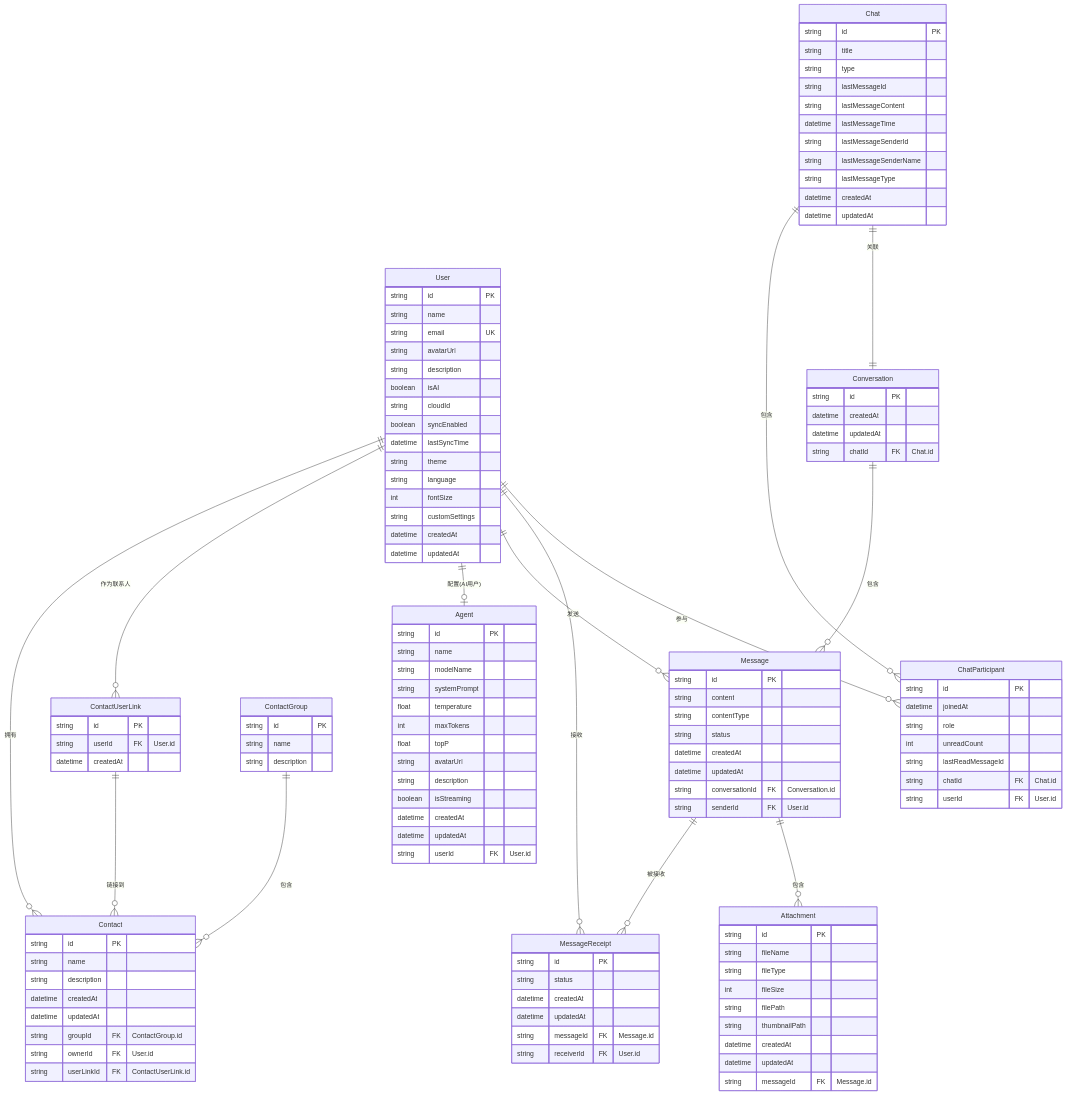
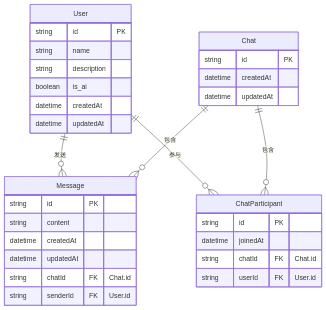
One commit to guixin-ai/guixin changed the first of 2 diagrams in apps/client/src-tauri/prisma/schema.md. Above: the diagram before and after it, drawn with Mermaid. The commit also changed other lines of this file and 42 other files, not shown here.

````diff
--- a/apps/client/src-tauri/prisma/schema.md
+++ b/apps/client/src-tauri/prisma/schema.md
@@ -7,86 +7,21 @@
 ```mermaid
 erDiagram
-    User ||--o{ Contact : "拥有"
-    User ||--o{ ContactUserLink : "作为联系人"
-    ContactUserLink ||--o{ Contact : "链接到"
-    User ||--o| Agent : "配置(AI用户)"
-    ContactGroup ||--o{ Contact : "包含"
     User ||--o{ Message : "发送"
-    User ||--o{ MessageReceipt : "接收"
-    Message ||--o{ MessageReceipt : "被接收"
     User ||--o{ ChatParticipant : "参与"
     Chat ||--o{ ChatParticipant : "包含"
-    Chat ||--|| Conversation : "关联"
-    Conversation ||--o{ Message : "包含"
-    Message ||--o{ Attachment : "包含"
+    Chat ||--o{ Message : "包含"
 
     User {
         string id PK
         string name
-        string email UK
-        string avatarUrl
         string description
-        boolean isAI
-        string cloudId
-        boolean syncEnabled
-        datetime lastSyncTime
-        string theme
-        string language
-        int fontSize
-        string customSettings
+        boolean is_ai
         datetime createdAt
         datetime updatedAt
     }
 
-    Agent {
-        string id PK
-        string name
-        string modelName
-        string systemPrompt
-        float temperature
-        int maxTokens
-        float topP
-        string avatarUrl
-        string description
-        boolean isStreaming
-        datetime createdAt
-        datetime updatedAt
-        string userId FK "User.id"
-    }
-
-    ContactGroup {
-        string id PK
-        string name
-        string description
-    }
-
-    Contact {
-        string id PK
-        string name
-        string description
-        datetime createdAt
-        datetime updatedAt
-        string groupId FK "ContactGroup.id"
-        string ownerId FK "User.id"
-        string userLinkId FK "ContactUserLink.id"
-    }
-
-    ContactUserLink {
-        string id PK
-        string userId FK "User.id"
-        datetime createdAt
-    }
-
     Chat {
         string id PK
-        string title
-        string type
-        string lastMessageId
-        string lastMessageContent
-        datetime lastMessageTime
-        string lastMessageSenderId
-        string lastMessageSenderName
-        string lastMessageType
         datetime createdAt
         datetime updatedAt
     }
@@ -94,49 +29,16 @@
     ChatParticipant {
         string id PK
         datetime joinedAt
-        string role
-        int unreadCount
-        string lastReadMessageId
         string chatId FK "Chat.id"
         string userId FK "User.id"
-    }
-
-    Conversation {
-        string id PK
-        datetime createdAt
-        datetime updatedAt
-        string chatId FK "Chat.id"
     }
 
     Message {
         string id PK
         string content
-        string contentType
-        string status
         datetime createdAt
         datetime updatedAt
-        string conversationId FK "Conversation.id"
+        string chatId FK "Chat.id"
         string senderId FK "User.id"
     }
-
-    MessageReceipt {
-        string id PK
-        string status
-        datetime createdAt
-        datetime updatedAt
-        string messageId FK "Message.id"
-        string receiverId FK "User.id"
-    }
-
-    Attachment {
-        string id PK
-        string fileName
-        string fileType
-        int fileSize
-        string filePath
-        string thumbnailPath
-        datetime createdAt
-        datetime updatedAt
-        string messageId FK "Message.id"
-    }
 ```
````
